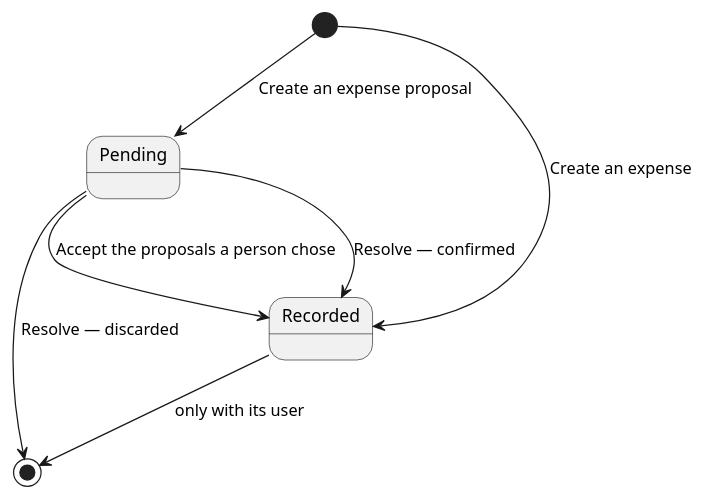
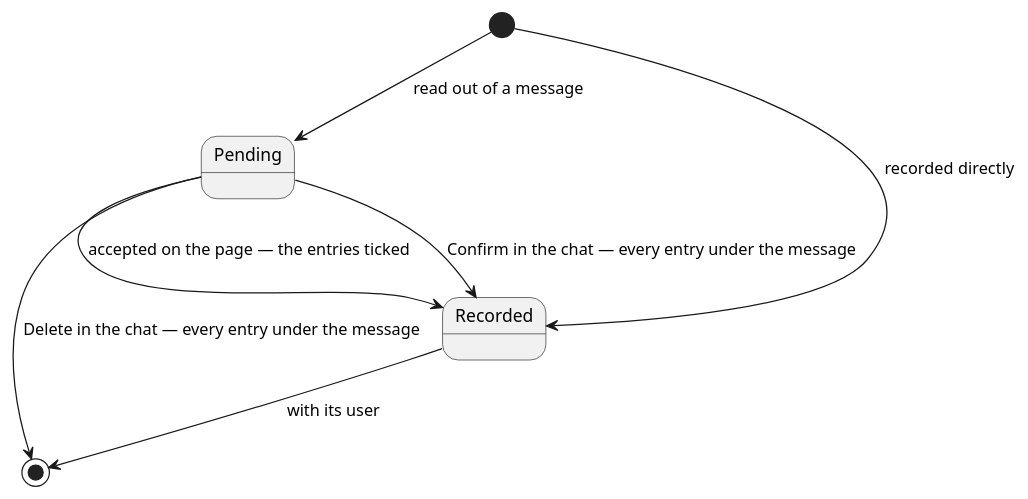
The diagram in ledger-service/docs/domain/expense.md (ds-usova/finance-bot), drawn with PlantUML before and after one commit.

Commit message:
Documentation: label the expense transitions with what triggers them

````diff
--- a/ledger-service/docs/domain/expense.md
+++ b/ledger-service/docs/domain/expense.md
@@ -35,10 +35,10 @@
 ```plantuml
 @startuml
-[*] --> Pending : Create an expense proposal
-[*] --> Recorded : Create an expense
-Pending --> Recorded : Resolve — confirmed
-Pending --> Recorded : Accept the proposals a person chose
-Pending --> [*] : Resolve — discarded
-Recorded --> [*] : only with its user
+[*] --> Pending : read out of a message
+[*] --> Recorded : recorded directly
+Pending --> Recorded : Confirm in the chat — every entry under the message
+Pending --> Recorded : accepted on the page — the entries ticked
+Pending --> [*] : Delete in the chat — every entry under the message
+Recorded --> [*] : with its user
 @enduml
 ```
````
